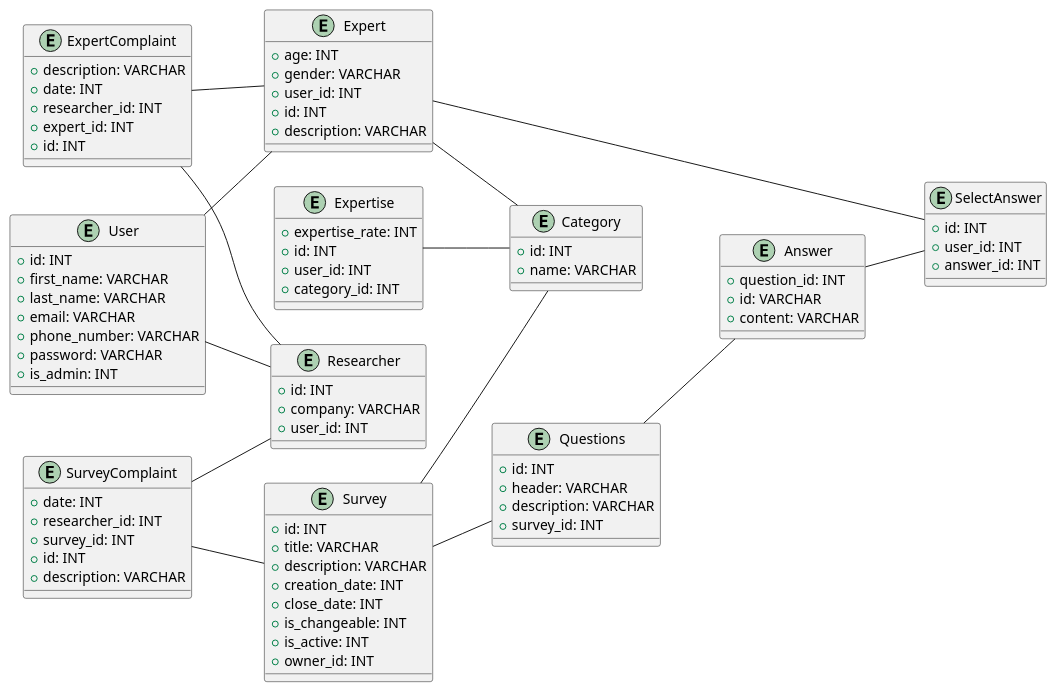
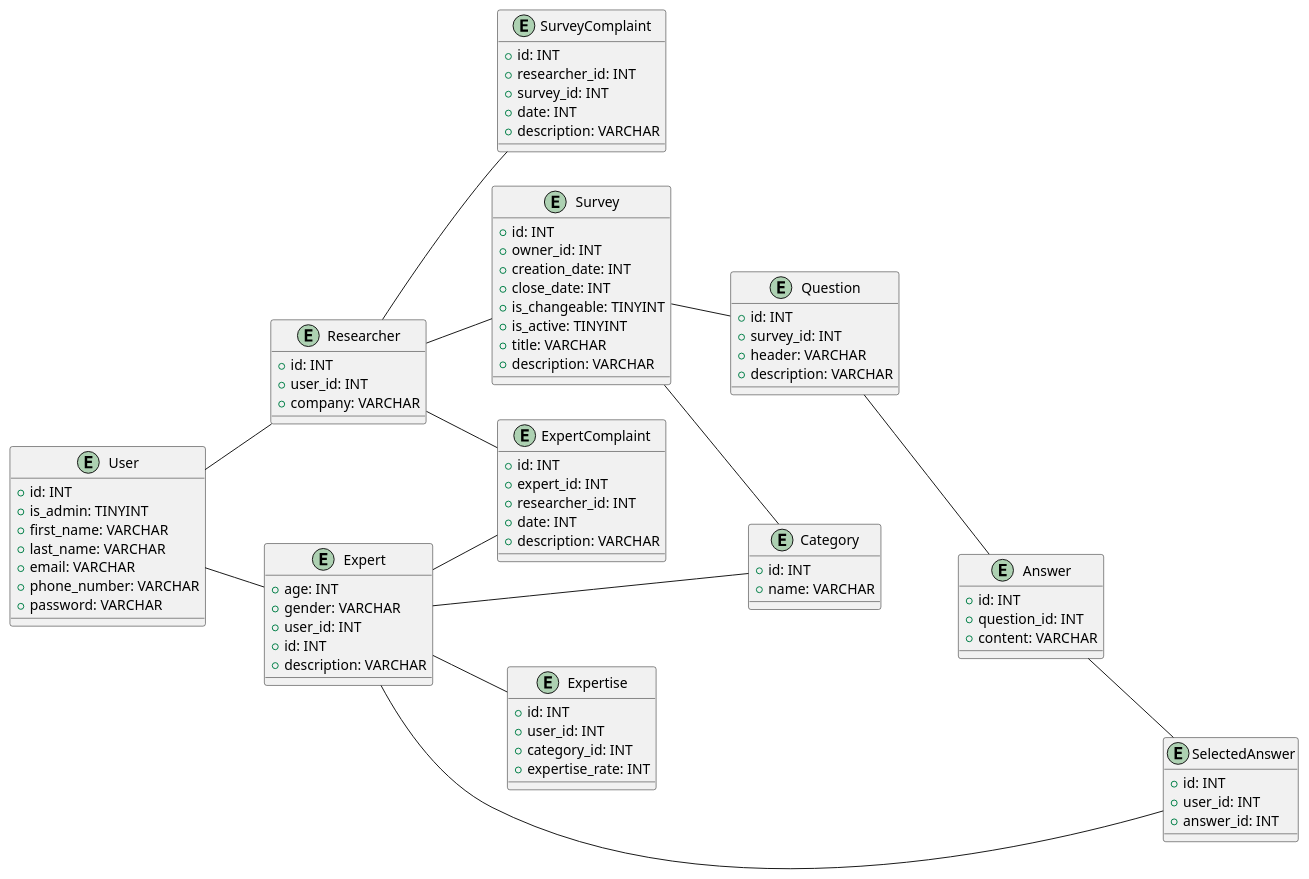
Before and after one commit to generalmaks/db_labs: the second of 2 diagrams in docs/design.md, drawn with PlantUML.

Commit message:
fix ER-model

```diff
--- a/docs/design.md
+++ b/docs/design.md
@@ -175,18 +175,18 @@
   
    entity "User" {
     + id: INT 
+    + is_admin: TINYINT
     + first_name: VARCHAR
     + last_name: VARCHAR
     + email: VARCHAR
     + phone_number: VARCHAR
-    + password: VARCHAR
-    + is_admin: INT
+    + password: VARCHAR  
   }
   
   entity "Researcher" {
     + id: INT 
+    + user_id: INT
     + company: VARCHAR
-    + user_id: INT
   }
   
   entity "Expert" {
@@ -198,42 +198,42 @@
   }
   
    entity "ExpertComplaint" {
+    + id: INT
+    + expert_id: INT
+    + researcher_id: INT
+    + date: INT
     + description: VARCHAR 
-    + date: INT
-    + researcher_id: INT
-    + expert_id: INT
-    + id: INT
   }
   
   entity "SurveyComplaint" {
-    + date: INT 
+    + id: INT
     + researcher_id: INT
     + survey_id: INT
-    + id: INT
+    + date: INT
     + description: VARCHAR
   }
   
    entity "Survey" {
     + id: INT
-    + title: VARCHAR 
-    + description: VARCHAR
+    + owner_id: INT
     + creation_date: INT
     + close_date: INT
-    + is_changeable: INT
-    + is_active: INT
-    + owner_id: INT
+    + is_changeable: TINYINT
+    + is_active: TINYINT
+    + title: VARCHAR 
+    + description: VARCHAR  
   }
   
-   entity "Questions" {
+   entity "Question" {
     + id: INT
+    + survey_id: INT
     + header: VARCHAR 
     + description: VARCHAR
-    + survey_id: INT
   }
   
   entity "Answer" {
+    + id: INT 
     + question_id: INT
-    + id: VARCHAR 
     + content: VARCHAR
   }
   
@@ -243,13 +243,13 @@
   }
   
    entity "Expertise" {
-    + expertise_rate: INT
     + id: INT 
     + user_id: INT
     + category_id: INT
+    + expertise_rate: INT
   }
   
-  entity "SelectAnswer" {
+  entity "SelectedAnswer" {
     + id: INT 
     + user_id: INT
     + answer_id: INT
@@ -259,23 +259,21 @@
   "User" -- "Researcher"
   "User" -- "Expert"
   
-  "SurveyComplaint" -- "Researcher"
-  "SurveyComplaint" -- "Survey"
-  "Survey" -- "Questions"
+  "Researcher" -- "SurveyComplaint" 
+  "Researcher" -- "ExpertComplaint"
+  "Researcher" -- "Survey"
   
-  "Questions" -- "Answer"
+  "Expert" -- "ExpertComplaint"
+  "Expert" -- "Category"
+  "Expert" -- "Expertise"
+  "Expert" -- "SelectedAnswer"
   
-  "ExpertComplaint" -- "Expert"
-  "ExpertComplaint" -- "Researcher"
-  
-  
-  "Expert" -- "Category"
+  "Survey" -- "Question"
   "Survey" -- "Category"
   
-  "Expertise" -- "Category"
+  "Question" -- "Answer"
   
-  "Expert" -- "SelectAnswer"
-  "Answer" -- "SelectAnswer"
+  "Answer" -- "SelectedAnswer"
   
 
 @enduml
```
